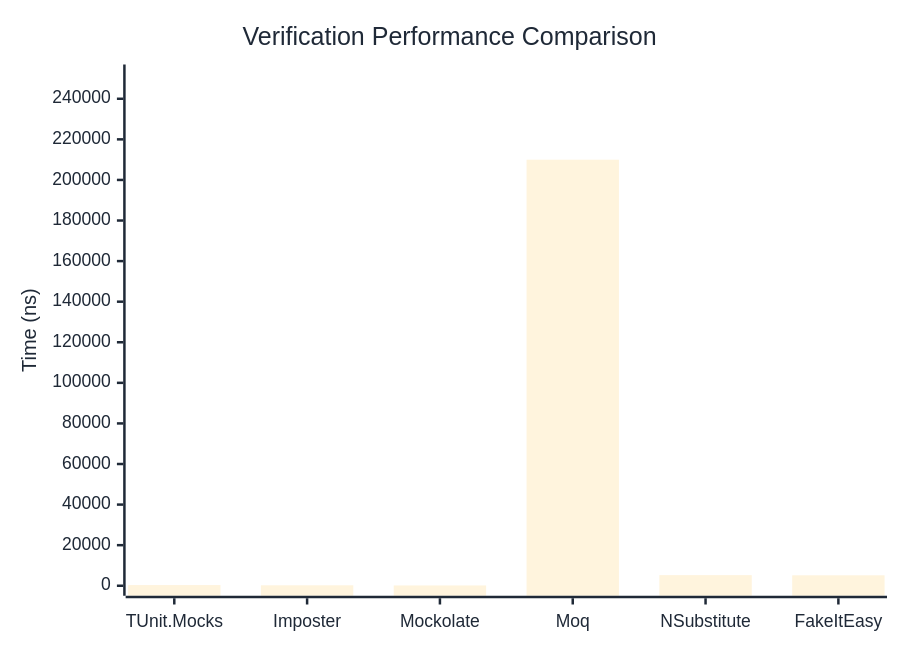
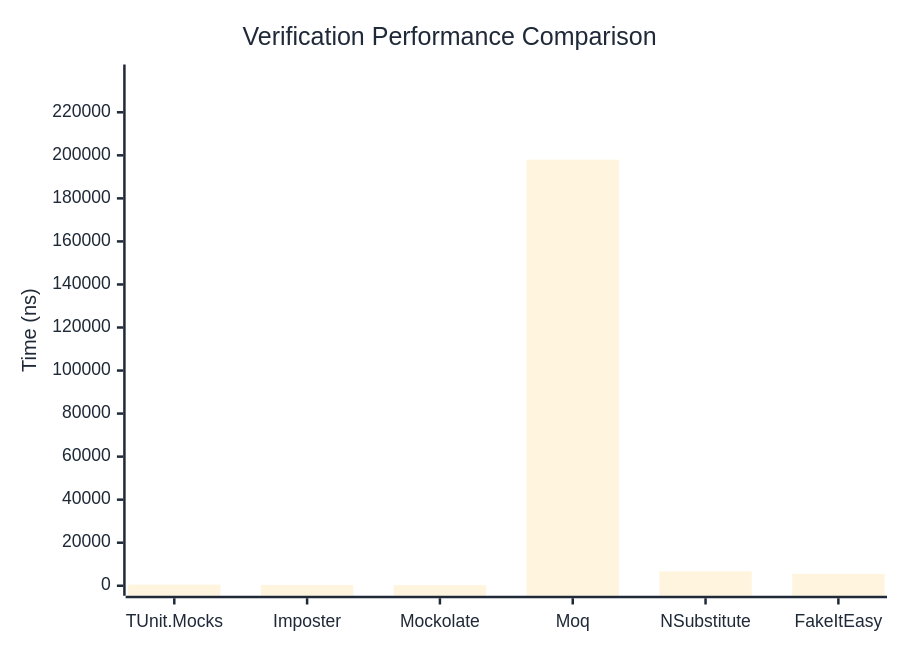
Before and after one commit to thomhurst/TUnit: the first of 3 diagrams in docs/docs/benchmarks/mocks/Verification.md, drawn with Mermaid. The commit also changed other lines of this file and 14 other files, not shown here.

````diff
--- a/docs/docs/benchmarks/mocks/Verification.md
+++ b/docs/docs/benchmarks/mocks/Verification.md
@@ -30,27 +30,27 @@
 ```mermaid
 %%{init: {
   'theme':'base',
   'themeVariables': {
     'primaryColor': '#2563eb',
     'primaryTextColor': '#1f2937',
     'primaryBorderColor': '#1e40af',
     'lineColor': '#6b7280',
     'secondaryColor': '#7c3aed',
     'tertiaryColor': '#dc2626',
     'background': '#ffffff',
     'pie1': '#2563eb',
     'pie2': '#7c3aed',
     'pie3': '#dc2626',
     'pie4': '#f59e0b',
     'pie5': '#10b981',
     'pie6': '#06b6d4',
     'pie7': '#ec4899',
     'pie8': '#6366f1'
   }
 }}%%
 xychart-beta
   title "Verification Performance Comparison"
   x-axis ["TUnit.Mocks", "Imposter", "Mockolate", "Moq", "NSubstitute", "FakeItEasy"]
-  y-axis "Time (ns)" 0 --> 251965
-  bar [328.3, 223.77, 152.44, 209970.54, 5230.77, 5142.18]
+  y-axis "Time (ns)" 0 --> 237559
+  bar [521.56, 321.04, 293.43, 197965.75, 6705.43, 5539.69]
 ```
````
